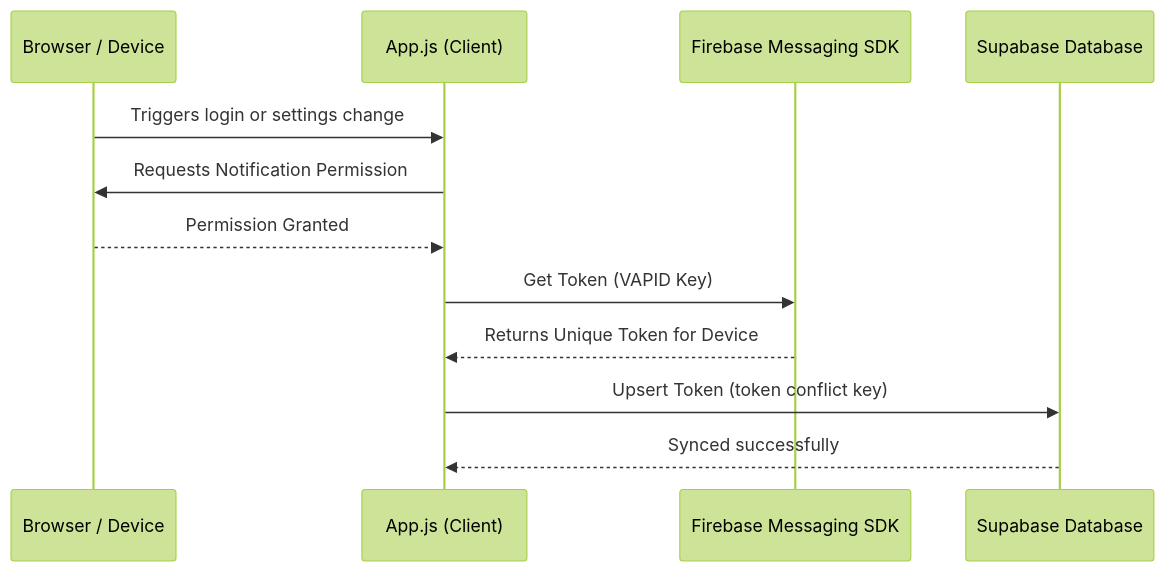
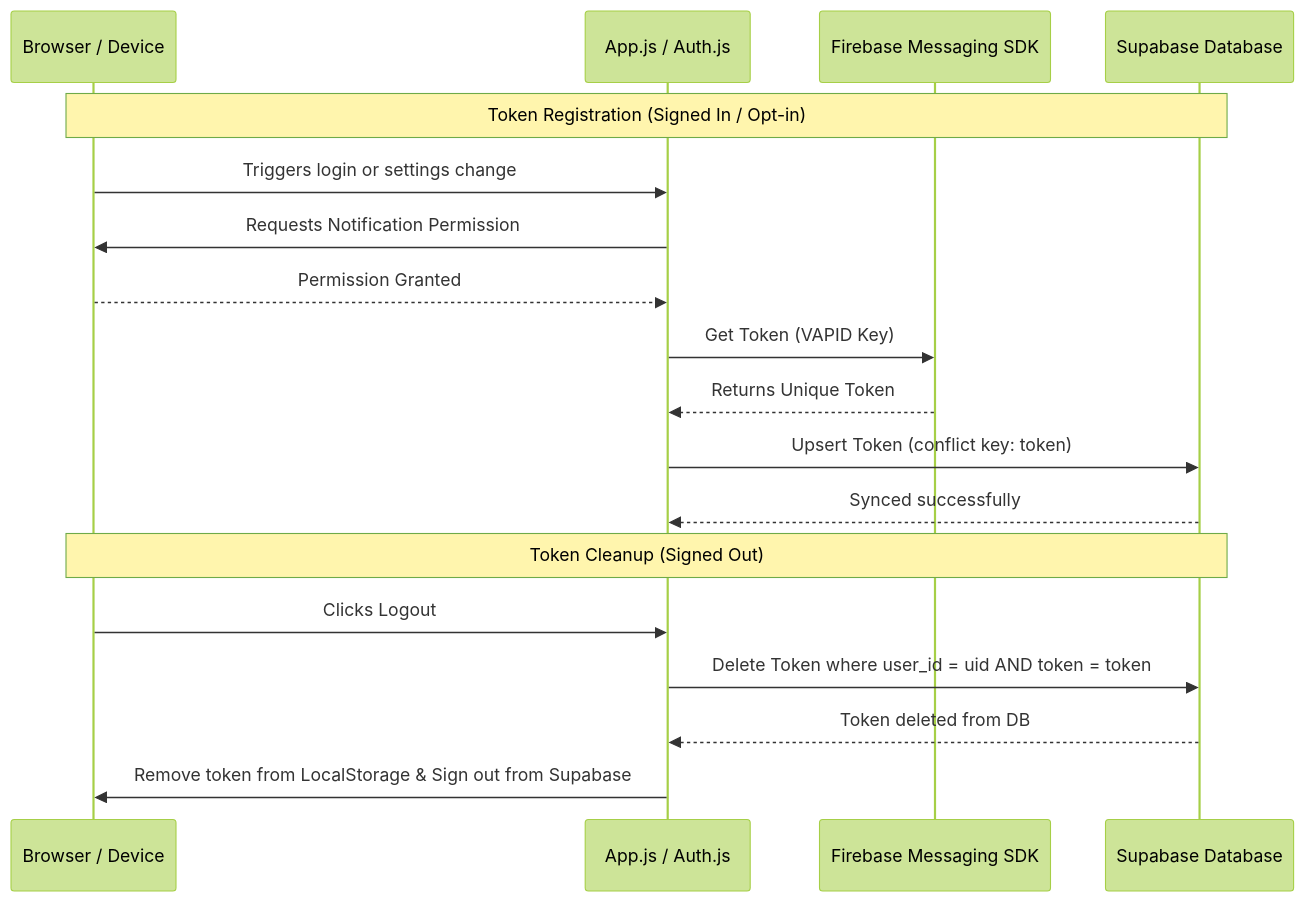
The first of 2 diagrams in fcm_notifications_report.md (Anandavnish/ProgressShelf), drawn with Mermaid (forest theme) before and after one commit. The commit also changed other lines of this file and 3 other files, not shown here.

Commit message:
Implement FCM high priority pushes, background visibility token re-sync, service worker push replacement logic, and update report

````diff
--- a/fcm_notifications_report.md
+++ b/fcm_notifications_report.md
@@ -11,15 +11,22 @@
 ```mermaid
 sequenceDiagram
     participant User as Browser / Device
-    participant Client as App.js (Client)
+    participant Client as App.js / Auth.js
     participant FCM as Firebase Messaging SDK
     participant DB as Supabase Database
 
+    Note over User, DB: Token Registration (Signed In / Opt-in)
     User->>Client: Triggers login or settings change
     Client->>User: Requests Notification Permission
     User-->>Client: Permission Granted
     Client->>FCM: Get Token (VAPID Key)
-    FCM-->>Client: Returns Unique Token for Device
-    Client->>DB: Upsert Token (token conflict key)
+    FCM-->>Client: Returns Unique Token
+    Client->>DB: Upsert Token (conflict key: token)
     DB-->>Client: Synced successfully
+
+    Note over User, DB: Token Cleanup (Signed Out)
+    User->>Client: Clicks Logout
+    Client->>DB: Delete Token where user_id = uid AND token = token
+    DB-->>Client: Token deleted from DB
+    Client->>User: Remove token from LocalStorage & Sign out from Supabase
 ```
````
